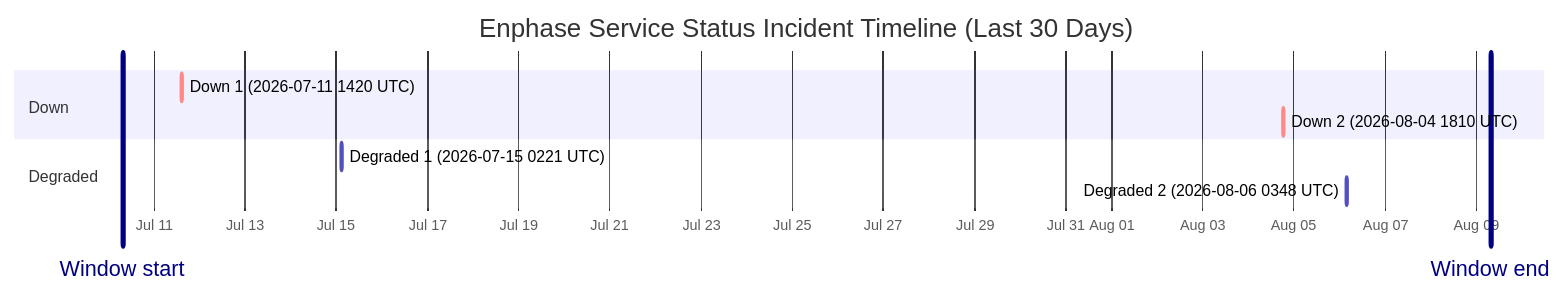
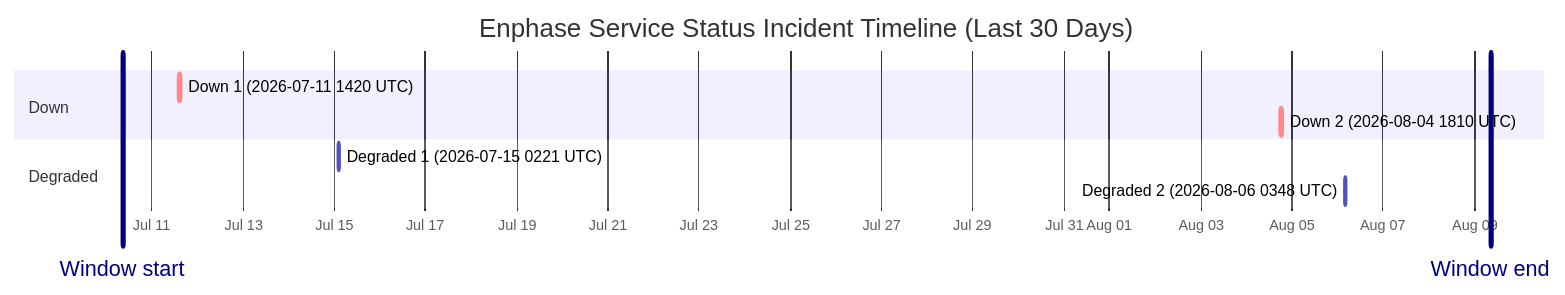
One commit to barneyonline/ha-enphase-energy changed the diagram in wiki/Service-Status-History.md. Above: the diagram before and after it, drawn with Mermaid. The commit also changed other lines of this file and 3 other files, not shown here.

````diff
--- a/wiki/Service-Status-History.md
+++ b/wiki/Service-Status-History.md
@@ -14,14 +14,14 @@
 ```mermaid
 gantt
     title Enphase Service Status Incident Timeline (Last 30 Days)
     dateFormat  YYYY-MM-DDTHH:mm:ss
     axisFormat  %b %d
-    Window start :vert, window-start, 2026-07-10T07:31:27, 0ms
-    Window end :vert, window-end, 2026-08-09T07:31:27, 0ms
+    Window start :vert, window-start, 2026-07-10T08:39:50, 0ms
+    Window end :vert, window-end, 2026-08-09T08:39:50, 0ms
     section Down
     Down 1 (2026-07-11 1420 UTC) :crit, down-1, 2026-07-11T14:20:54, 69m
     Down 2 (2026-08-04 1810 UTC) :crit, down-2, 2026-08-04T18:10:46, 60m
     section Degraded
     Degraded 1 (2026-07-15 0221 UTC) :active, degraded-1, 2026-07-15T02:21:35, 60m
     Degraded 2 (2026-08-06 0348 UTC) :active, degraded-2, 2026-08-06T03:48:14, 60m
 ```
````
